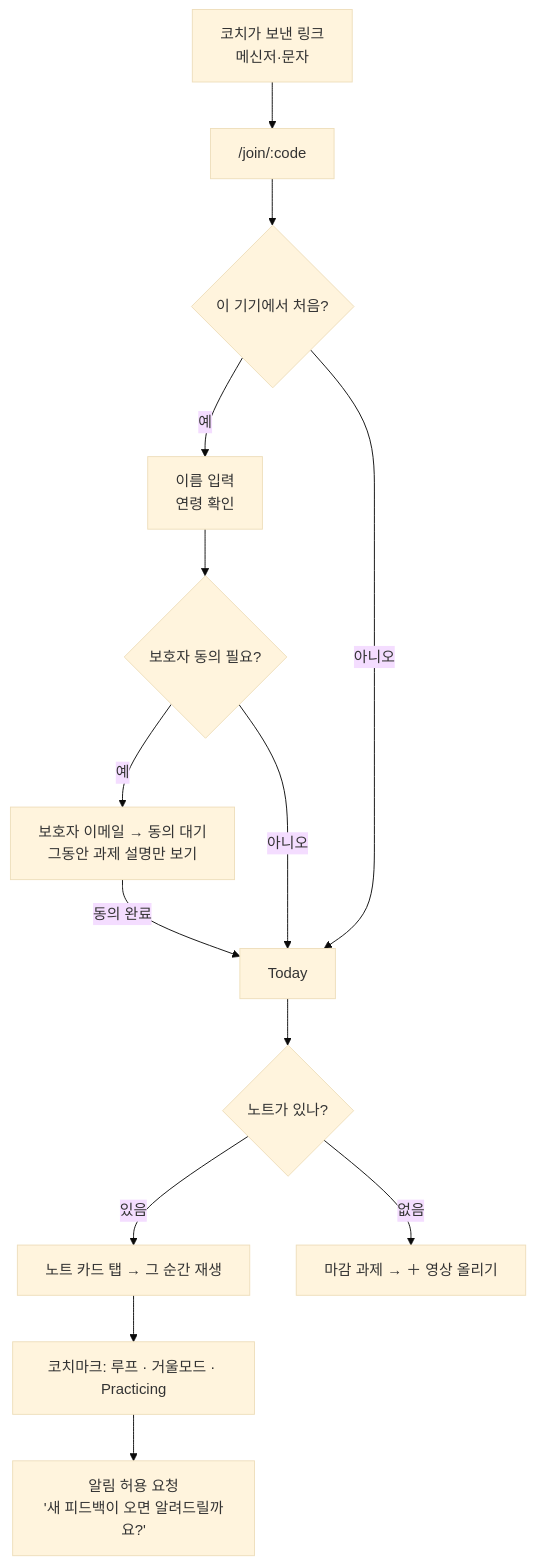
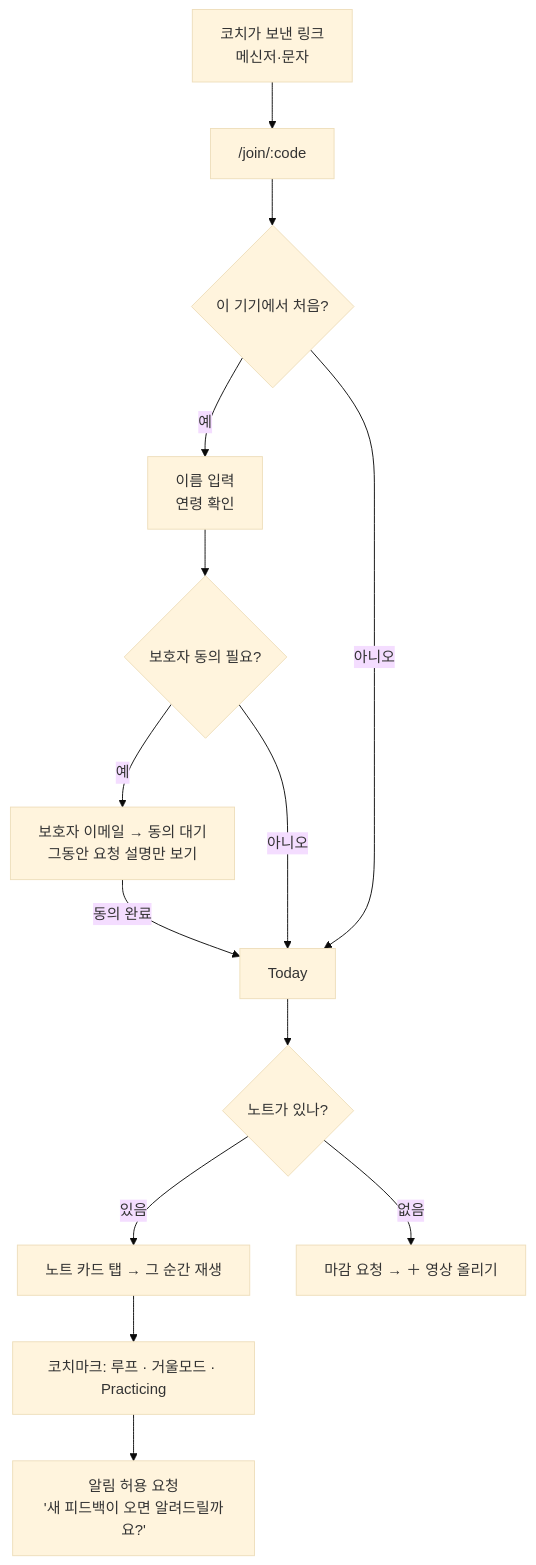
The second of 10 diagrams in docs/04-user-flows.md (hope13710/dancerly), drawn with Mermaid (base theme) before and after one commit. The commit also changed other lines of this file and 11 other files, not shown here.

````diff
--- a/docs/04-user-flows.md
+++ b/docs/04-user-flows.md
@@ -57,16 +57,16 @@
 ```mermaid
 flowchart TD
   A[코치가 보낸 링크<br/>메신저·문자] --> B["/join/:code"]
   B --> C{이 기기에서 처음?}
   C -->|예| D[이름 입력<br/>연령 확인]
   D --> E{보호자 동의 필요?}
-  E -->|예| F[보호자 이메일 → 동의 대기<br/>그동안 과제 설명만 보기]
+  E -->|예| F[보호자 이메일 → 동의 대기<br/>그동안 요청 설명만 보기]
   E -->|아니오| G
   C -->|아니오| G[Today]
   F -->|동의 완료| G
   G --> H{노트가 있나?}
   H -->|있음| I[노트 카드 탭 → 그 순간 재생]
-  H -->|없음| J[마감 과제 → ＋ 영상 올리기]
+  H -->|없음| J[마감 요청 → ＋ 영상 올리기]
   I --> K[코치마크: 루프 · 거울모드 · Practicing]
   K --> L[알림 허용 요청<br/>'새 피드백이 오면 알려드릴까요?']
 ```
````
